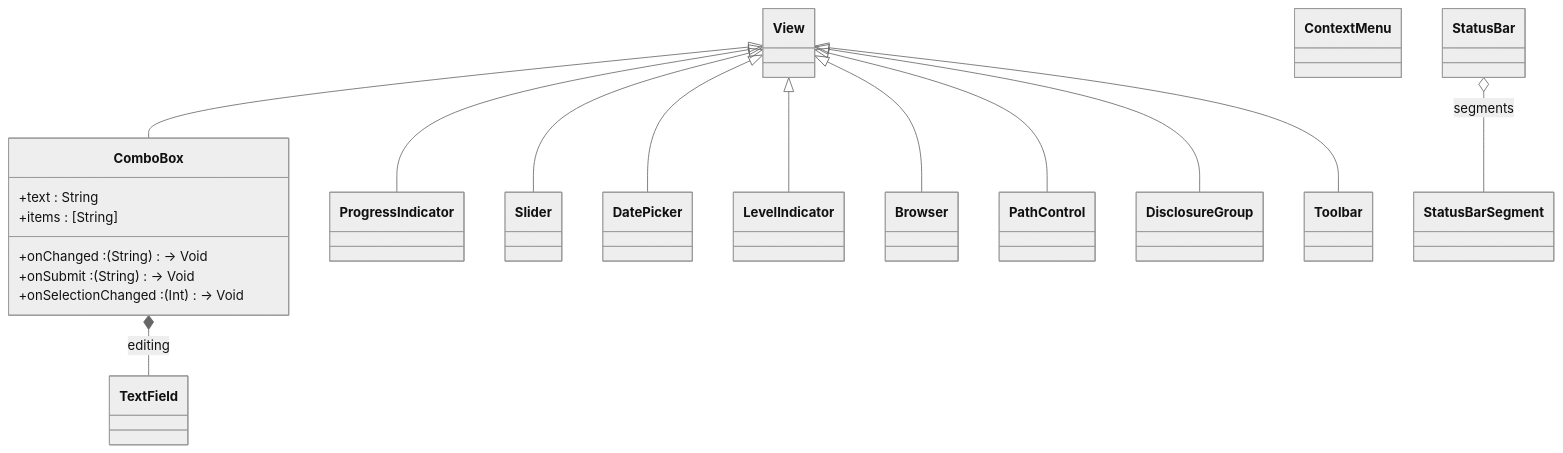
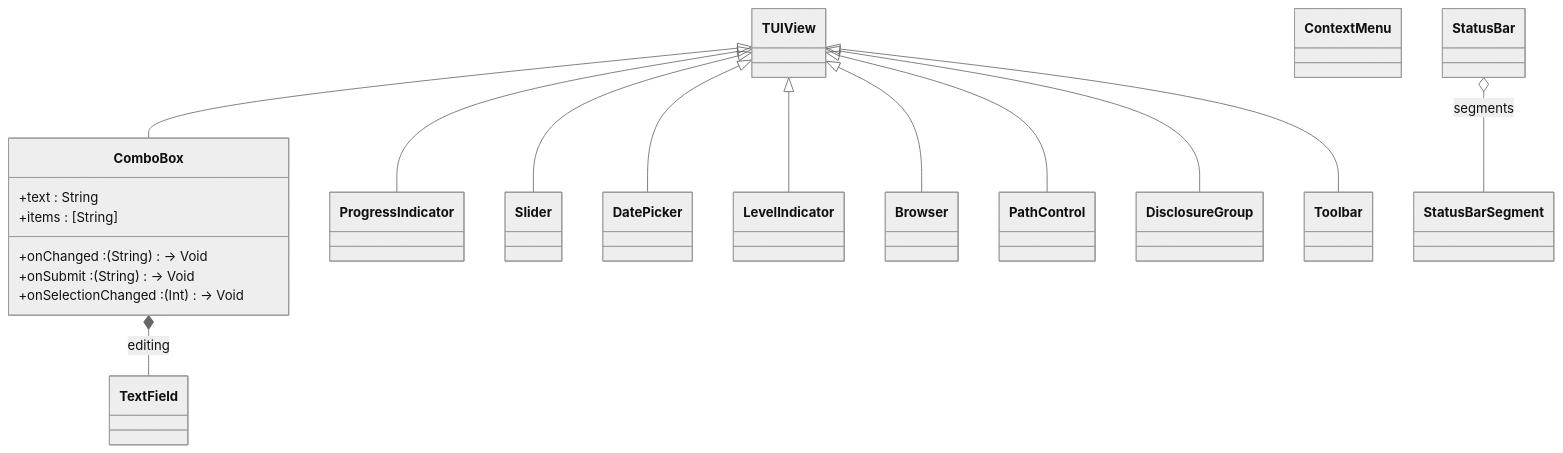
Before and after one commit to bobbyski/TUIKit: the third of 3 diagrams in Docs/ControlsUML.md, drawn with Mermaid (neutral theme). The commit also changed other lines of this file and 67 other files, not shown here.

````diff
--- a/Docs/ControlsUML.md
+++ b/Docs/ControlsUML.md
@@ -589,37 +598,37 @@
 ```mermaid
 classDiagram
     direction TB
 
-    class View
+    class TUIView
     class TextField
 
     class ComboBox {
         +text : String
         +items : [String]
         +onChanged : (String) -> Void
         +onSubmit : (String) -> Void
         +onSelectionChanged : (Int) -> Void
     }
 
     class ProgressIndicator
     class Slider
     class DatePicker
     class LevelIndicator
     class Browser
     class PathControl
     class DisclosureGroup
     class Toolbar
     class ContextMenu
 
-    View <|-- ComboBox
-    View <|-- ProgressIndicator
-    View <|-- Slider
-    View <|-- DatePicker
-    View <|-- LevelIndicator
-    View <|-- Browser
-    View <|-- PathControl
-    View <|-- DisclosureGroup
-    View <|-- Toolbar
+    TUIView <|-- ComboBox
+    TUIView <|-- ProgressIndicator
+    TUIView <|-- Slider
+    TUIView <|-- DatePicker
+    TUIView <|-- LevelIndicator
+    TUIView <|-- Browser
+    TUIView <|-- PathControl
+    TUIView <|-- DisclosureGroup
+    TUIView <|-- Toolbar
     ComboBox *-- TextField : editing
     StatusBar o-- StatusBarSegment : segments
 ```
````
